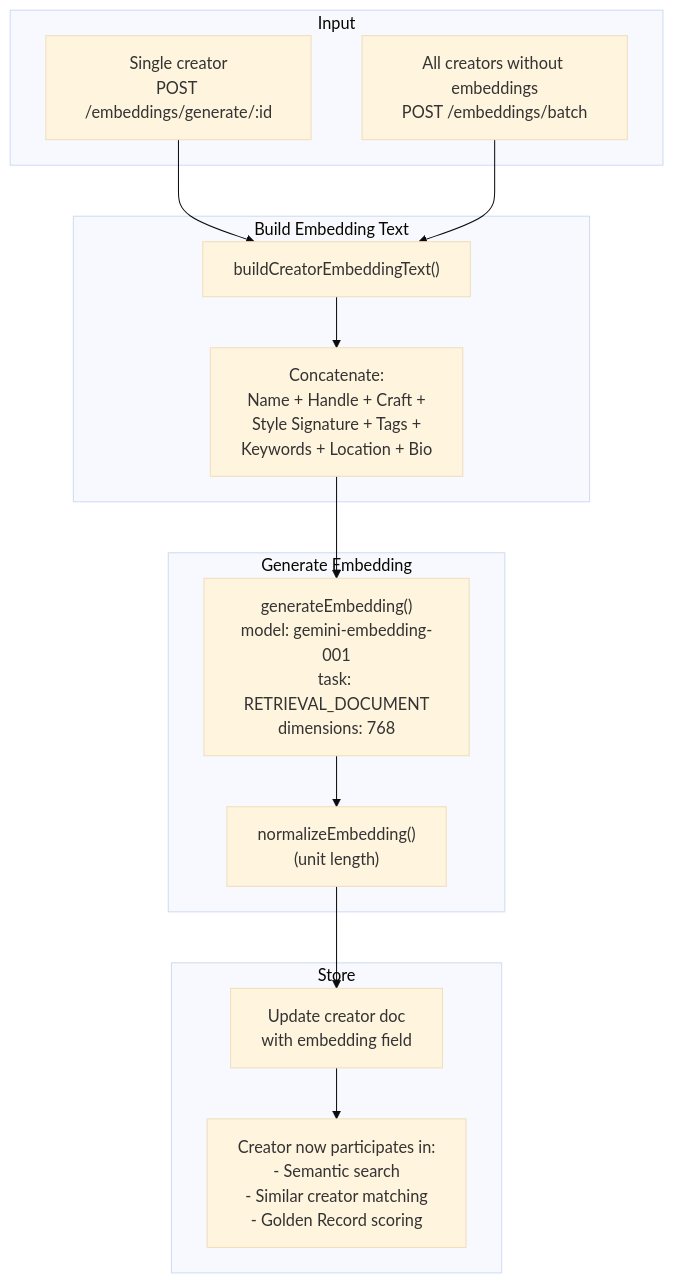
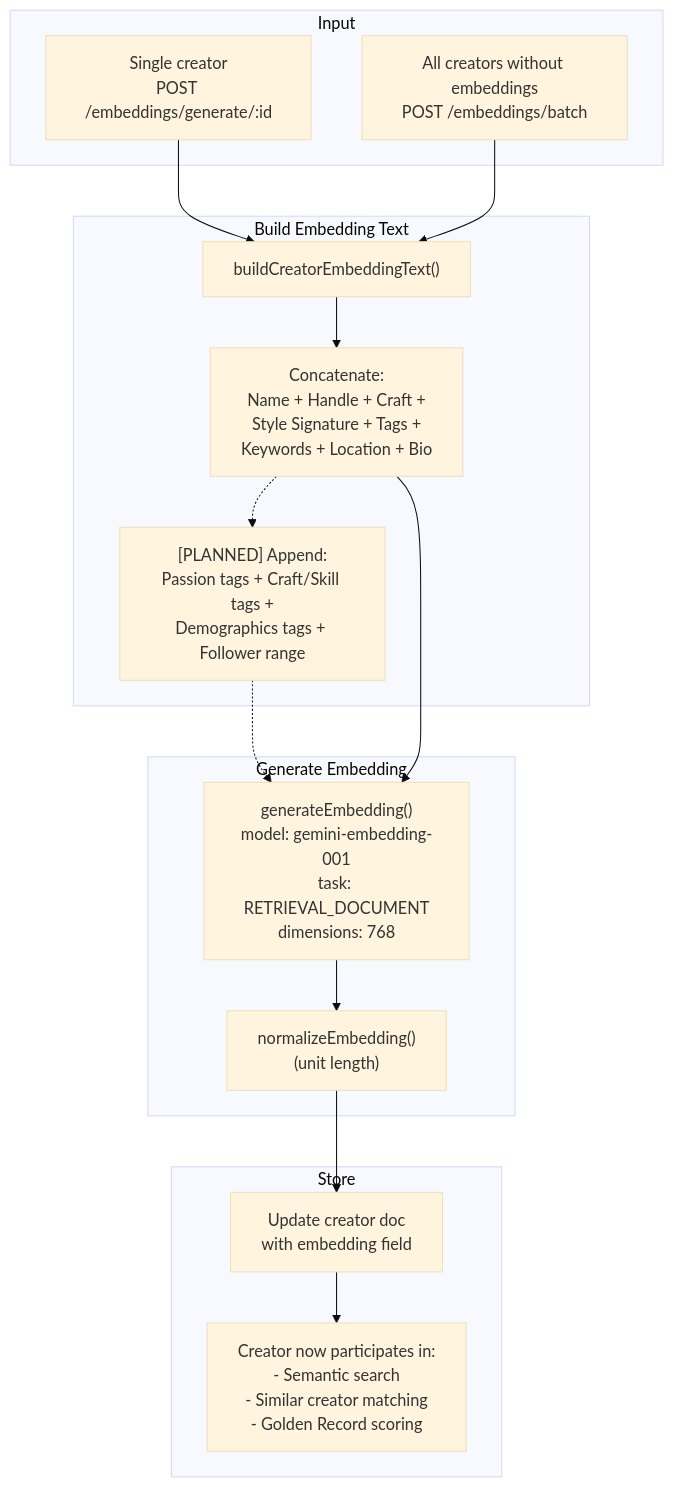
Before and after one commit to Absolute-Space-GHCP/cf-creator-database: the fourth of 11 diagrams in docs/WORKFLOW.md, drawn with Mermaid (base theme). The commit also changed other lines of this file and 4 other files, not shown here.

First line of the commit message:
docs: integrate Leo's 3-pillar framework + follower gate into ARCHITECTURE.md and WORKFLOW.md; remove legacy files; add session handoff

````diff
--- a/docs/WORKFLOW.md
+++ b/docs/WORKFLOW.md
@@ -345,30 +420,33 @@
 ```mermaid
 graph TD
     subgraph input [Input]
         SingleCreator["Single creator<br/>POST /embeddings/generate/:id"]
         BatchAll["All creators without embeddings<br/>POST /embeddings/batch"]
     end
 
     subgraph build [Build Embedding Text]
         BuildText["buildCreatorEmbeddingText()"]
         TextParts["Concatenate:<br/>Name + Handle + Craft +<br/>Style Signature + Tags +<br/>Keywords + Location + Bio"]
+        PillarText["[PLANNED] Append:<br/>Passion tags + Craft/Skill tags +<br/>Demographics tags + Follower range"]
     end
 
     subgraph generate [Generate Embedding]
         EmbedCall["generateEmbedding()<br/>model: gemini-embedding-001<br/>task: RETRIEVAL_DOCUMENT<br/>dimensions: 768"]
         Normalize["normalizeEmbedding()<br/>(unit length)"]
     end
 
     subgraph store [Store]
         FirestoreUpdate["Update creator doc<br/>with embedding field"]
         Available["Creator now participates in:<br/>- Semantic search<br/>- Similar creator matching<br/>- Golden Record scoring"]
     end
 
     SingleCreator --> BuildText
     BatchAll --> BuildText
     BuildText --> TextParts
+    TextParts -.-> PillarText
+    PillarText -.-> EmbedCall
     TextParts --> EmbedCall
     EmbedCall --> Normalize
     Normalize --> FirestoreUpdate
     FirestoreUpdate --> Available
 ```
````
